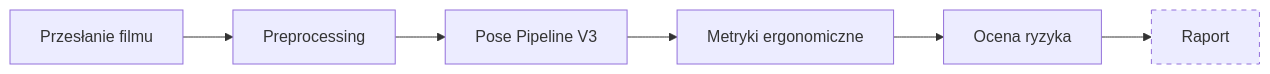
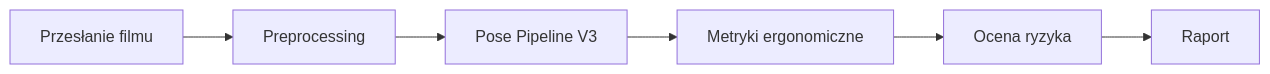
One commit to tolpamaksymilian/ergonomia-ai changed the diagram in README.md. Above: the diagram before and after it, drawn with Mermaid. The commit also changed other lines of this file and 25 other files, not shown here.

````diff
--- a/README.md
+++ b/README.md
@@ -76,10 +76,9 @@
 ```mermaid
 flowchart LR
     A[Przesłanie filmu] --> B[Preprocessing]
     B --> C[Pose Pipeline V3]
     C --> D[Metryki ergonomiczne]
     D --> E[Ocena ryzyka]
     E --> F[Raport]
 
-    style F stroke-dasharray: 5 5
 ```
````
